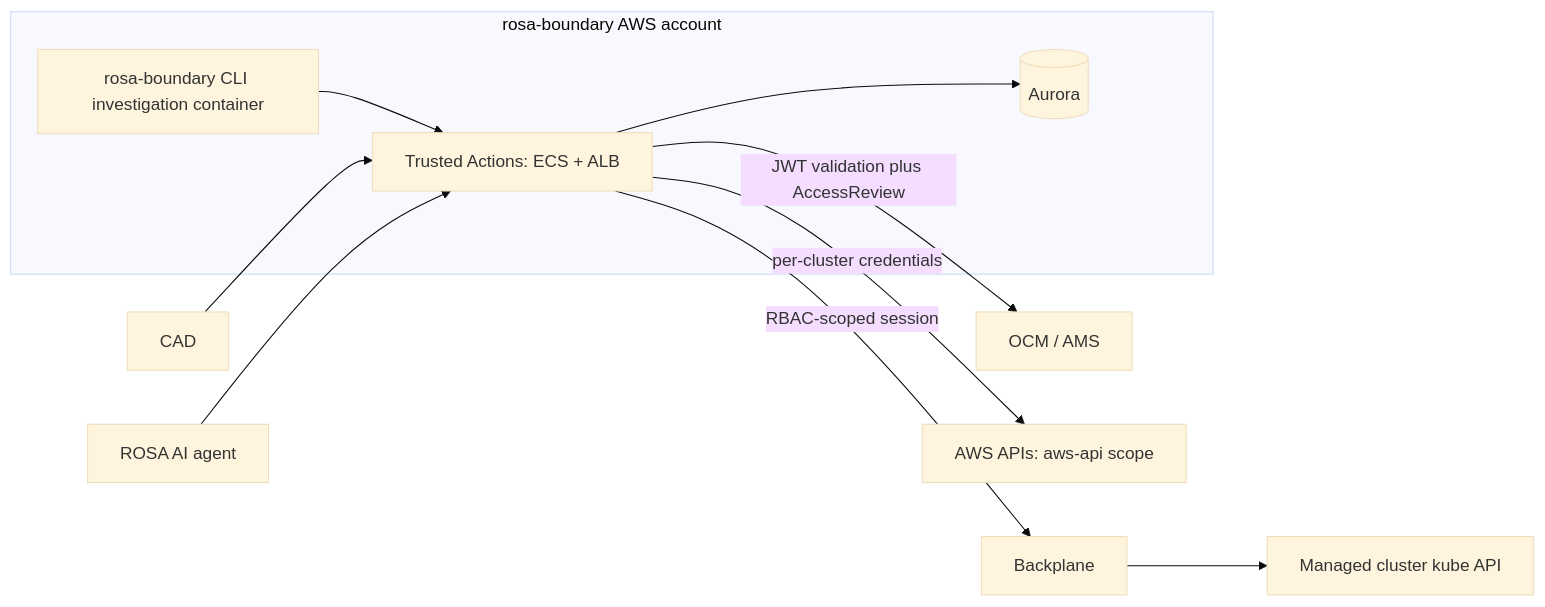
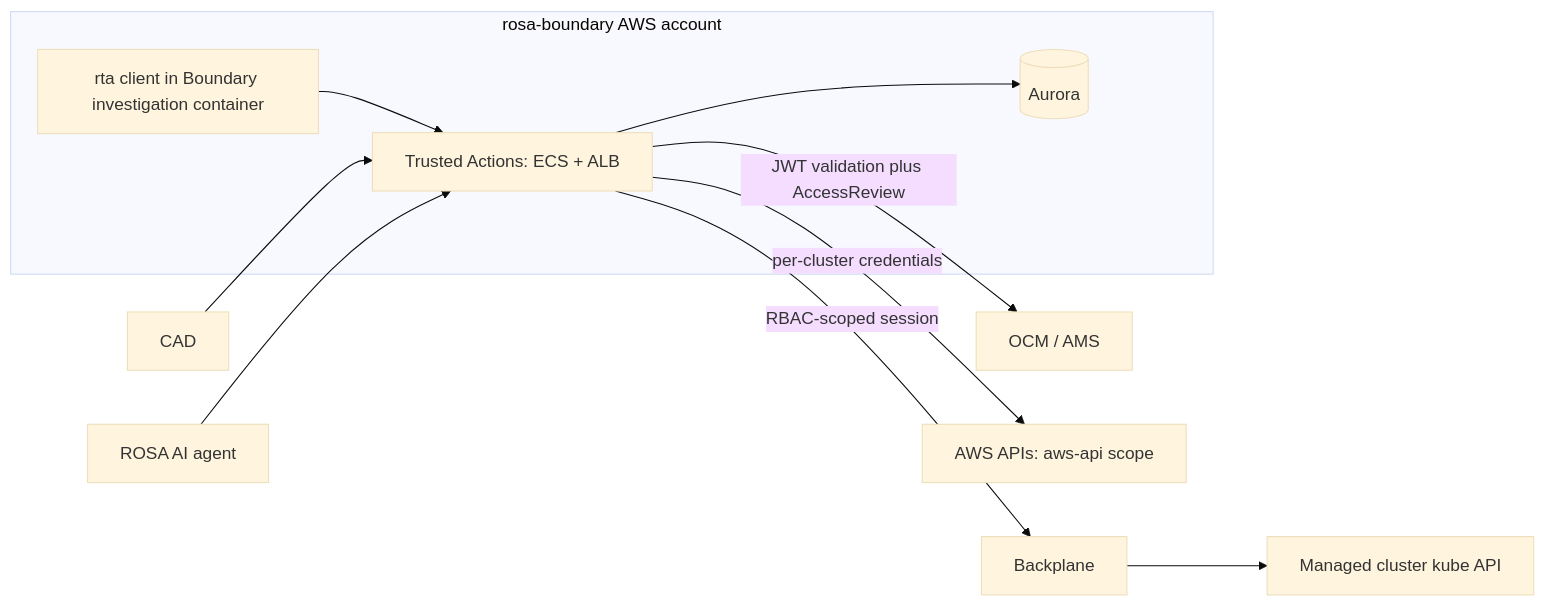
The first of 2 diagrams in openwiki/architecture/trusted-actions-overview.md (openshift-online/rosa-boundary), drawn with Mermaid (base theme) before and after one commit. The commit also changed other lines of this file and 44 other files, not shown here.

Commit message:
docs: refresh Boundary and Trusted Actions OpenWiki

````diff
--- a/openwiki/architecture/trusted-actions-overview.md
+++ b/openwiki/architecture/trusted-actions-overview.md
@@ -79,14 +77,14 @@
 ```mermaid
 flowchart LR
     subgraph vpc["rosa-boundary AWS account"]
-        CLI["rosa-boundary CLI investigation container"] --> TA["Trusted Actions: ECS + ALB"]
+        CLI["rta client in Boundary investigation container"] --> TA["Trusted Actions: ECS + ALB"]
         TA --> DB[("Aurora")]
     end
 
     CAD["CAD"] --> TA
     AGENT["ROSA AI agent"] --> TA
     TA -->|"JWT validation plus AccessReview"| OCM["OCM / AMS"]
     TA -->|"RBAC-scoped session"| BP["Backplane"]
     BP --> K8S["Managed cluster kube API"]
     TA -->|"per-cluster credentials"| AWS["AWS APIs: aws-api scope"]
 ```
````
